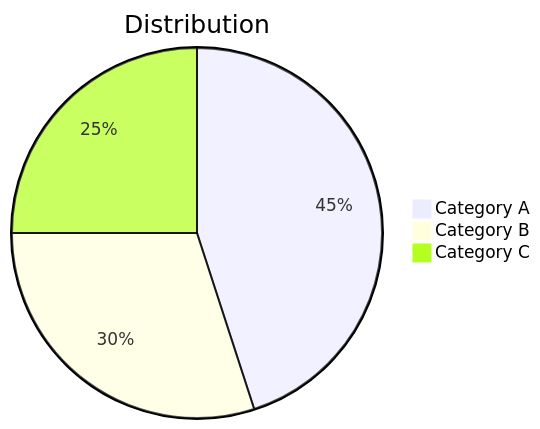
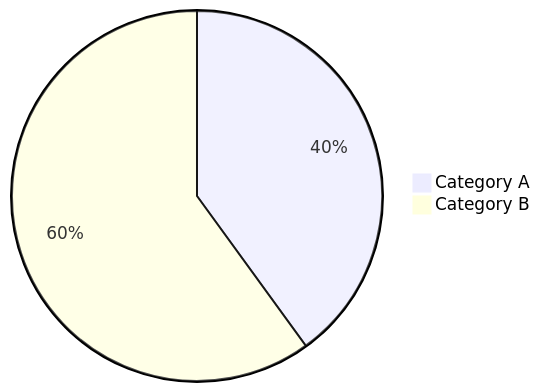
Diagram 13 of 24 in backend/init_data/skills/mermaid-diagram/SKILL.md (wecode-ai/Wegent), drawn with Mermaid before and after one commit. The commit also changed other lines of this file, not shown here.

Commit message:
feat: update mermaid diagram skill with complete examples

````diff
--- a/backend/init_data/skills/mermaid-diagram/SKILL.md
+++ b/backend/init_data/skills/mermaid-diagram/SKILL.md
@@ -273,6 +310,5 @@
 ```mermaid
-pie title Distribution
-    "Category A" : 45
-    "Category B" : 30
-    "Category C" : 25
+pie
+    "Category A" : 40
+    "Category B" : 60
 ```
````
